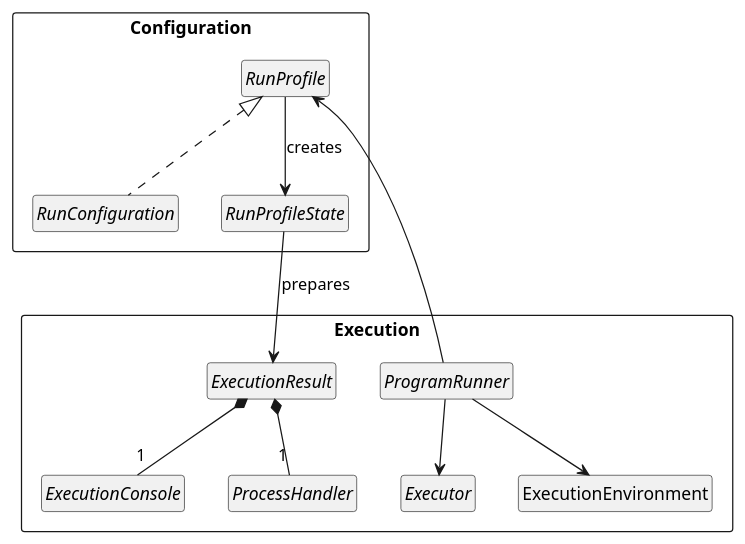
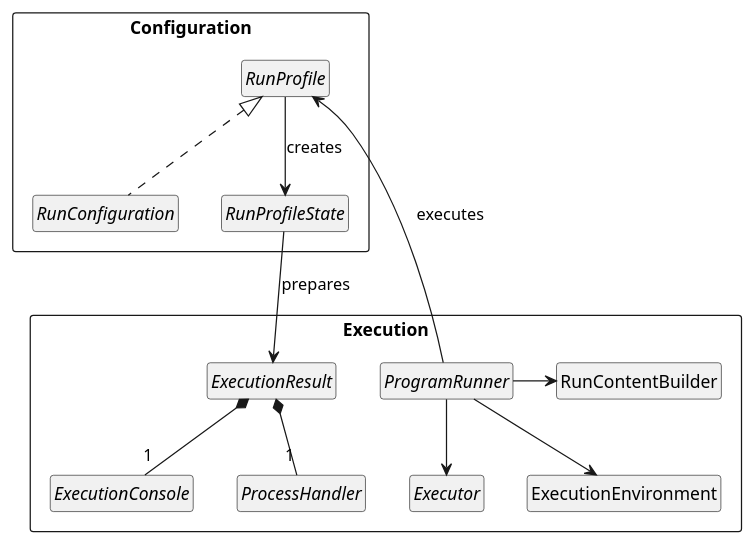
One commit to JetBrains/intellij-sdk-docs changed the diagram in buildUML/reference_guide/execution_classes.puml. Above: the diagram before and after it, drawn with PlantUML. The commit also changed 1 other file, not shown here.

Commit message:
Execution API - diagram improvements

```diff
--- a/buildUML/reference_guide/execution_classes.puml
+++ b/buildUML/reference_guide/execution_classes.puml
@@ -1,35 +1,35 @@
 @startuml
 
 hide empty members
 hide circle
-
-
-package Execution <<Rectangle>> {
-  abstract class Executor
-  interface ProgramRunner
-  class ExecutionEnvironment
-  abstract class ExecutionResult
-  interface ExecutionConsole
-  abstract class ProcessHandler
-}
 
 package Configuration <<Rectangle>> {
   interface RunProfile
   interface RunConfiguration
   interface RunProfileState
 }
 
+package Execution <<Rectangle>> {
+  abstract class Executor
+  interface ProgramRunner
+  class ExecutionEnvironment
+  class RunContentBuilder
+  abstract class ExecutionResult
+  interface ExecutionConsole
+  abstract class ProcessHandler
+}
 
 RunProfile <|.. RunConfiguration
 RunProfile --> RunProfileState: creates
 
 RunProfileState --> ExecutionResult: prepares
 
 ExecutionResult *-- "1" ExecutionConsole
 ExecutionResult *-- "1" ProcessHandler
 
-ProgramRunner --> RunProfile
+ProgramRunner --> RunProfile: executes
 ProgramRunner --> Executor
 ProgramRunner --> ExecutionEnvironment
+ProgramRunner -r-> RunContentBuilder
 
 @enduml
```
